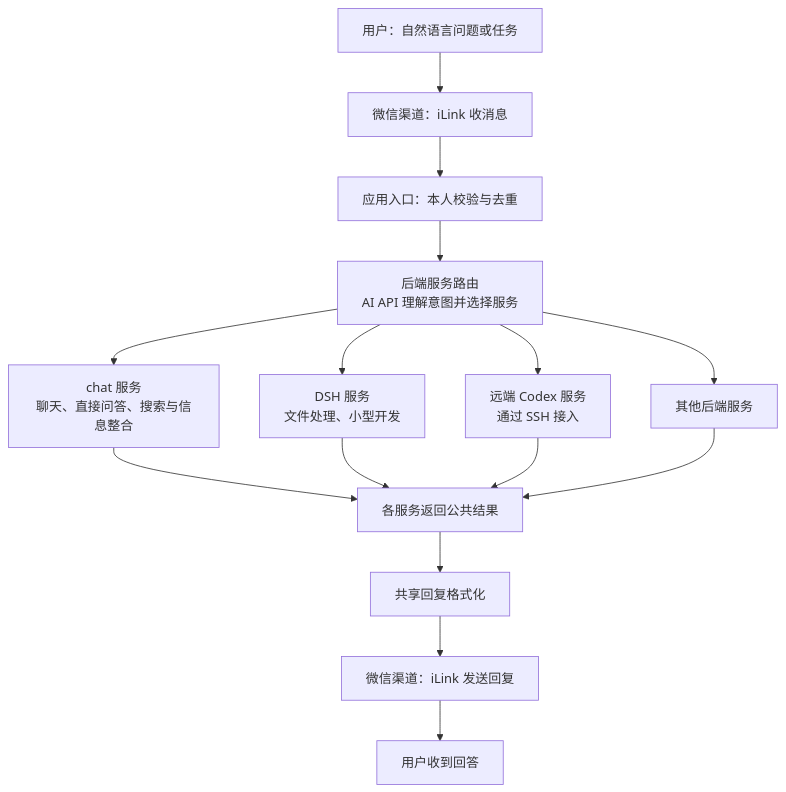
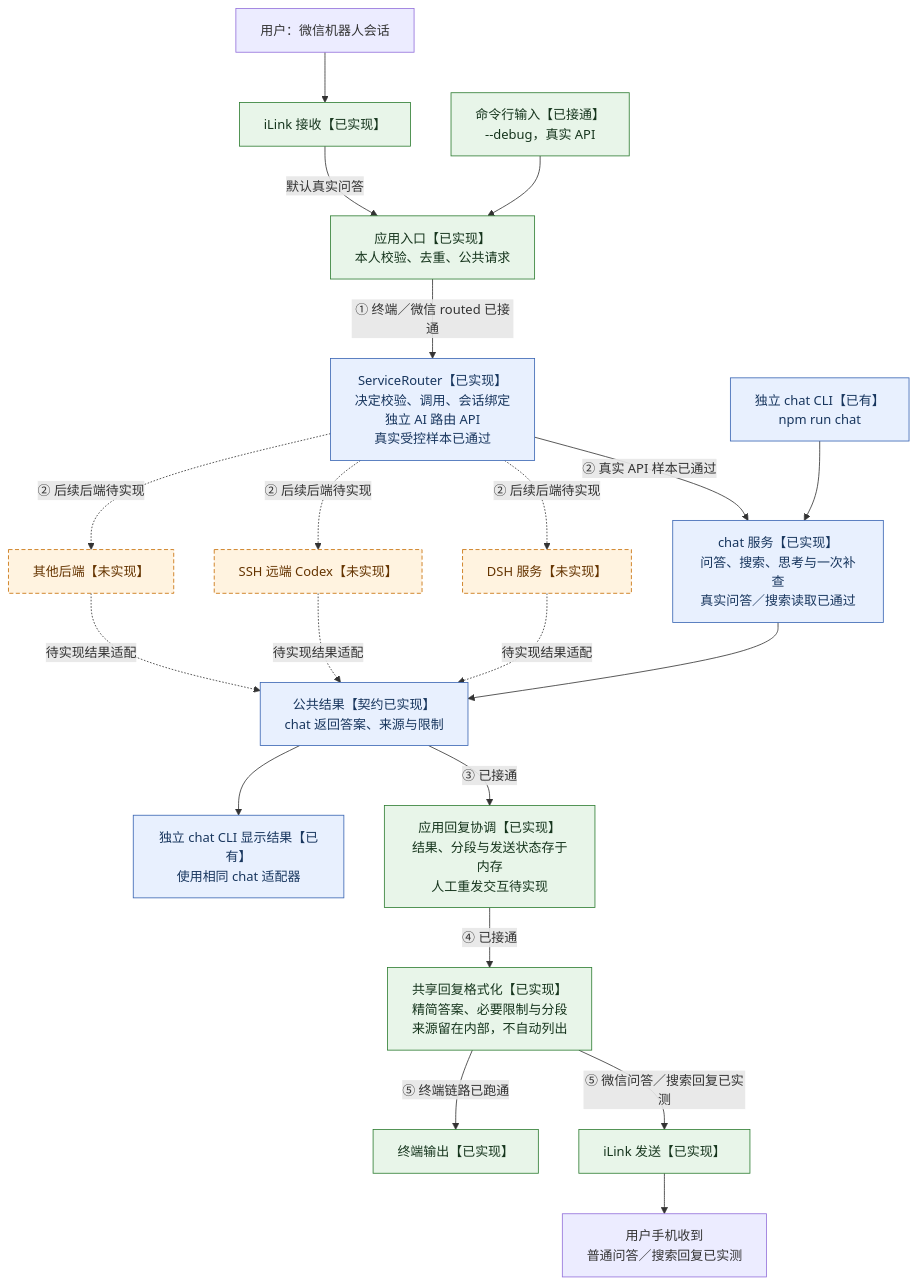
One commit to wtcbill/wechat-personal-bot changed the diagram in docs/架构草案.md. Above: the diagram before and after it, drawn with Mermaid. The commit also changed other lines of this file and 48 other files, not shown here.

````diff
--- a/docs/架构草案.md
+++ b/docs/架构草案.md
@@ -11,17 +13,31 @@
 ```mermaid
 flowchart TD
-    USER["用户：自然语言问题或任务"] --> CHANNEL["微信渠道：iLink 收消息"]
-    CHANNEL --> ENTRY["应用入口：本人校验与去重"]
-    ENTRY --> ROUTER["后端服务路由<br/>AI API 理解意图并选择服务"]
-    ROUTER --> CHAT["chat 服务<br/>聊天、直接问答、搜索与信息整合"]
-    ROUTER --> DSH["DSH 服务<br/>文件处理、小型开发"]
-    ROUTER --> CODEX["远端 Codex 服务<br/>通过 SSH 接入"]
-    ROUTER --> OTHER["其他后端服务"]
-    CHAT --> RESULT["各服务返回公共结果"]
-    DSH --> RESULT
-    CODEX --> RESULT
-    OTHER --> RESULT
-    RESULT --> FORMAT["共享回复格式化"]
-    FORMAT --> SEND["微信渠道：iLink 发送回复"]
-    SEND --> END["用户收到回答"]
+    USER["用户：微信机器人会话"] --> CHANNEL["iLink 接收【已实现】"]
+    CHANNEL -->|"默认真实问答"| ENTRY["应用入口【已实现】<br/>本人校验、去重、公共请求"]
+    CONSOLE["命令行输入【已接通】<br/>--debug，真实 API"] --> ENTRY
+    SEND --> END["用户手机收到<br/>普通问答／搜索回复已实测"]
+
+    ENTRY -->|"① 终端／微信 routed 已接通"| ROUTER["ServiceRouter【已实现】<br/>决定校验、调用、会话绑定<br/>独立 AI 路由 API<br/>真实受控样本已通过"]
+    ROUTER -->|"② 真实 API 样本已通过"| CHAT["chat 服务【已实现】<br/>问答、搜索、思考与一次补查<br/>真实问答／搜索读取已通过"]
+    ROUTER -.->|"② 后续后端待实现"| DSH["DSH 服务【未实现】"]
+    ROUTER -.->|"② 后续后端待实现"| CODEX["SSH 远端 Codex【未实现】"]
+    ROUTER -.->|"② 后续后端待实现"| OTHER["其他后端【未实现】"]
+    CHAT --> RESULT["公共结果【契约已实现】<br/>chat 返回答案、来源与限制"]
+    DSH -.->|"待实现结果适配"| RESULT
+    CODEX -.->|"待实现结果适配"| RESULT
+    OTHER -.->|"待实现结果适配"| RESULT
+    RESULT -->|"③ 已接通"| REPLY["应用回复协调【已实现】<br/>结果、分段与发送状态存于内存<br/>人工重发交互待实现"]
+    REPLY -->|"④ 已接通"| FORMAT["共享回复格式化【已实现】<br/>精简答案、必要限制与分段<br/>来源留在内部，不自动列出"]
+    FORMAT -->|"⑤ 微信问答／搜索回复已实测"| SEND["iLink 发送【已实现】"]
+    FORMAT -->|"⑤ 终端链路已跑通"| OUT["终端输出【已实现】"]
+
+    CHATCLI["独立 chat CLI【已有】<br/>npm run chat"] --> CHAT
+    RESULT --> CLIRESULT["独立 chat CLI 显示结果【已有】<br/>使用相同 chat 适配器"]
+
+    classDef ready fill:#e8f5e9,stroke:#2e7d32,color:#16351d;
+    classDef isolated fill:#e8f0fe,stroke:#3965b3,color:#18365e;
+    classDef missing fill:#fff3e0,stroke:#c76c00,color:#653400,stroke-dasharray:5 3;
+    class CHANNEL,CONSOLE,ENTRY,SEND,OUT,REPLY,FORMAT ready;
+    class ROUTER,CHAT,RESULT,CHATCLI,CLIRESULT isolated;
+    class DSH,CODEX,OTHER missing;
 ```
````
